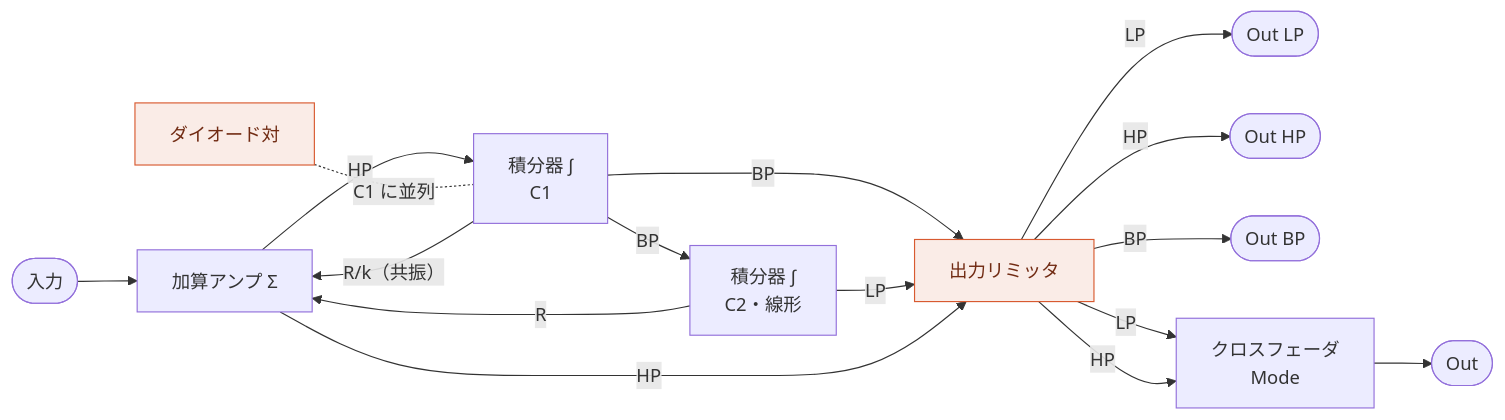
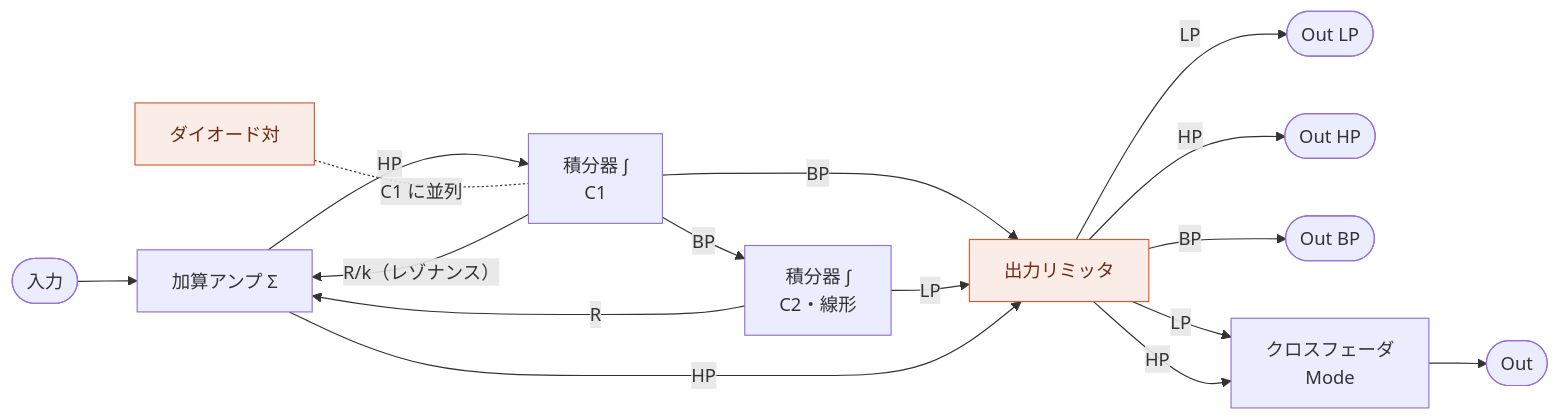
The fourth of 6 diagrams in spms1_type2/README.ja.md (risgk/midi_synthesizer_spms1), drawn with Mermaid before and after one commit. The commit also changed other lines of this file and 14 other files, not shown here.

````diff
--- a/spms1_type2/README.ja.md
+++ b/spms1_type2/README.ja.md
@@ -339,20 +340,20 @@
 ```mermaid
 flowchart LR
   IN([入力]) --> A1["加算アンプ Σ"]
   A1 -->|HP| A2["積分器 ∫<br/>C1"]
   D["ダイオード対"] -.-|C1 に並列| A2
   A2 -->|BP| LIM
   A2 -->|BP| A3["積分器 ∫<br/>C2・線形"]
   A3 -->|LP| LIM["出力リミッタ"]
   A1 -->|HP| LIM
   LIM -->|LP| OUT_LP([Out LP])
   LIM -->|HP| OUT_HP([Out HP])
   LIM -->|BP| OUT_BP([Out BP])
   LIM -->|LP| XF["クロスフェーダ<br/>Mode"]
   LIM -->|HP| XF
   XF --> OUT([Out])
-  A2 -->|"R/k（共振）"| A1
+  A2 -->|"R/k（レゾナンス）"| A1
   A3 -->|R| A1
   classDef nl fill:#FAECE7,stroke:#D85A30,color:#712B13
   class D,LIM nl
 ```
````
